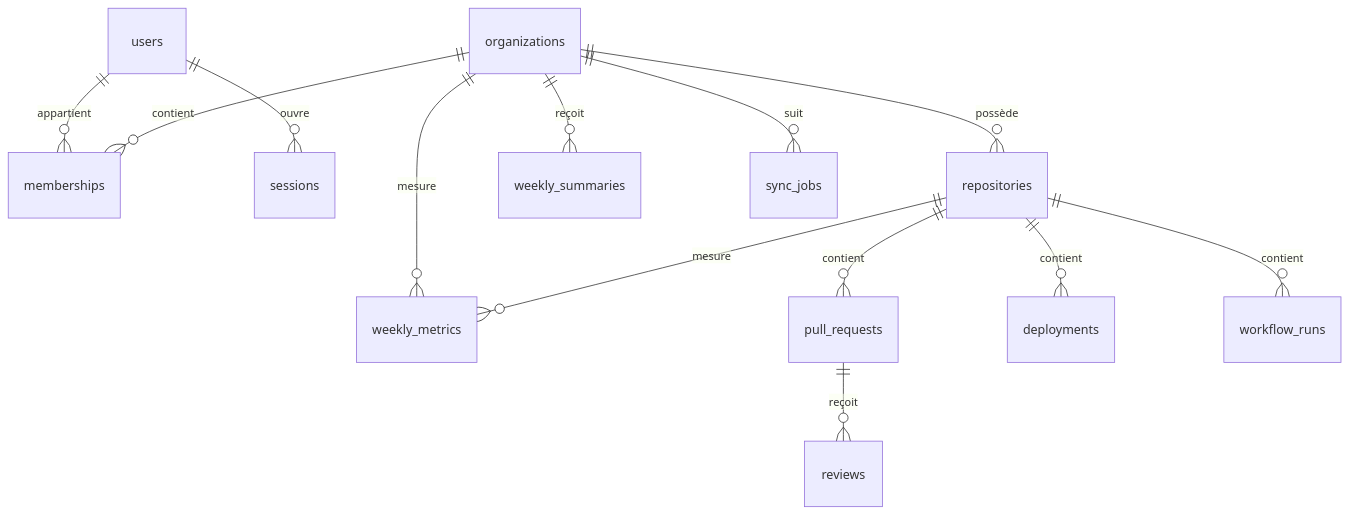
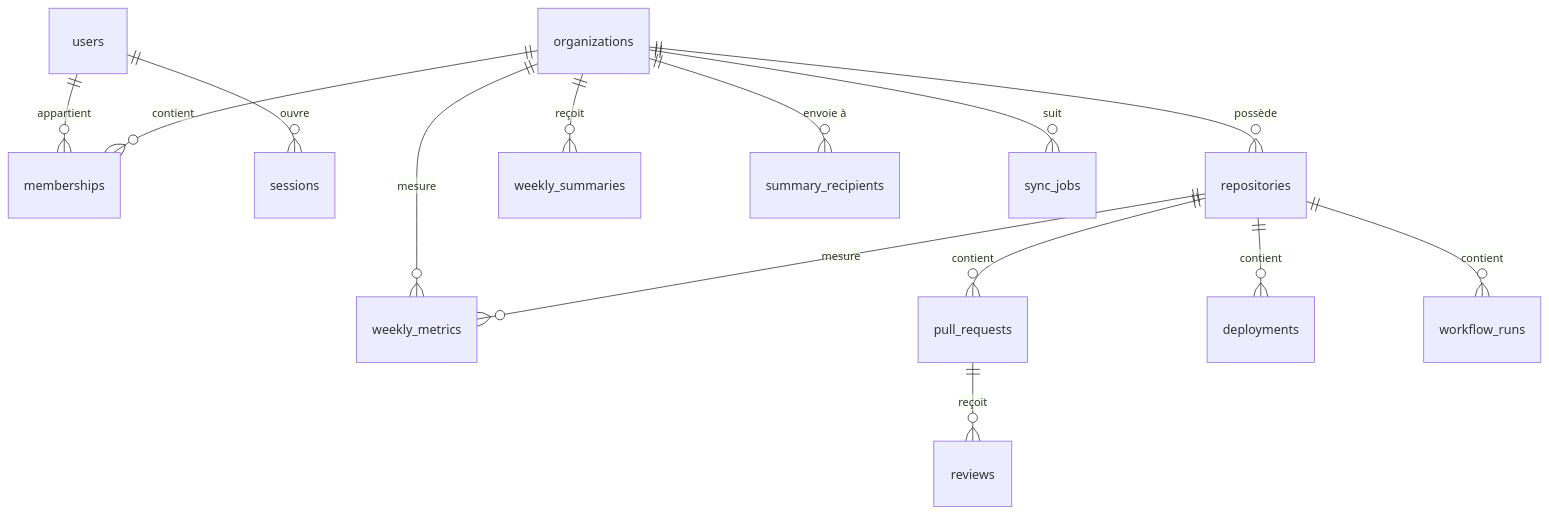
One commit to kuami-labs/xcadence changed the diagram in docs/05-DATABASE.md. Above: the diagram before and after it, drawn with Mermaid. The commit also changed other lines of this file and 32 other files, not shown here.

````diff
--- a/docs/05-DATABASE.md
+++ b/docs/05-DATABASE.md
@@ -23,15 +24,16 @@
 ```mermaid
 erDiagram
     users ||--o{ memberships : "appartient"
     users ||--o{ sessions : "ouvre"
     organizations ||--o{ memberships : "contient"
     organizations ||--o{ repositories : "possède"
     organizations ||--o{ weekly_summaries : "reçoit"
+    organizations ||--o{ summary_recipients : "envoie à"
     organizations ||--o{ sync_jobs : "suit"
     organizations ||--o{ weekly_metrics : "mesure"
     repositories ||--o{ pull_requests : "contient"
     repositories ||--o{ deployments : "contient"
     repositories ||--o{ workflow_runs : "contient"
     repositories ||--o{ weekly_metrics : "mesure"
     pull_requests ||--o{ reviews : "reçoit"
 ```
````
